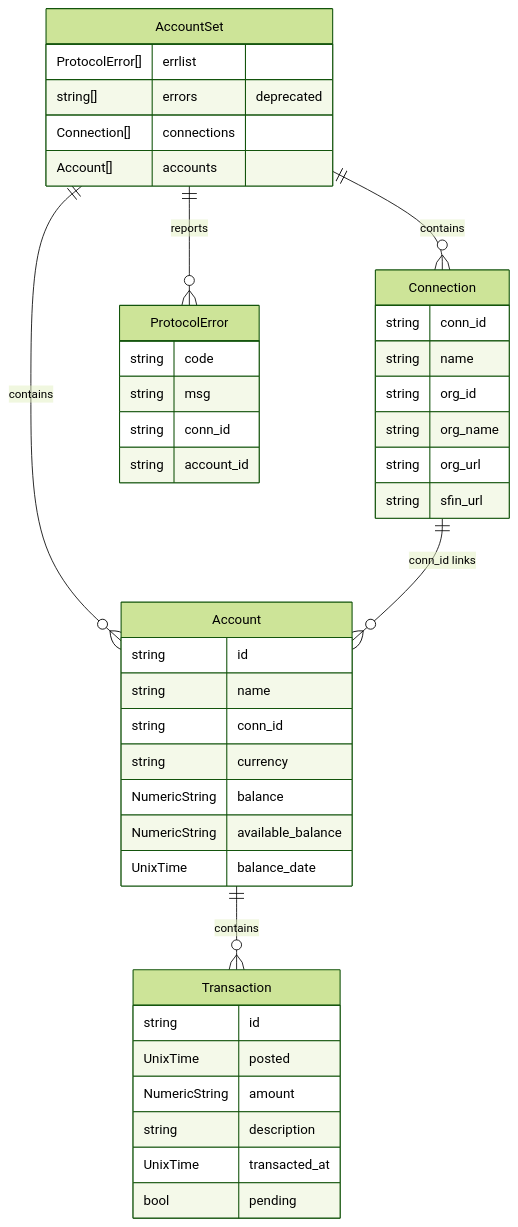
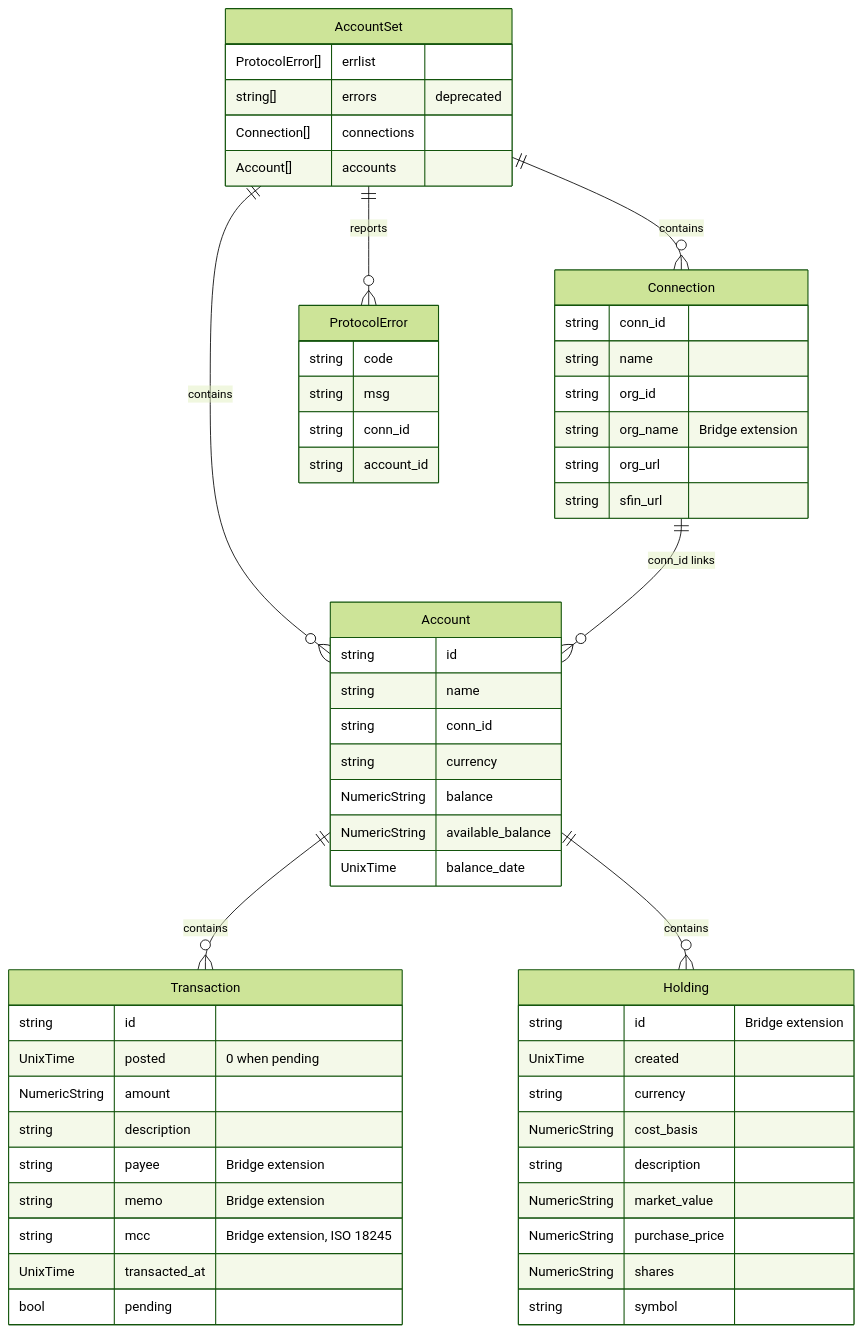
Before and after one commit to criswit/simplefin-sdk: the fourth of 5 diagrams in README.md, drawn with Mermaid (forest theme). The commit also changed other lines of this file and 19 other files, not shown here.

````diff
--- a/README.md
+++ b/README.md
@@ -311,46 +319,61 @@
 ```mermaid
 erDiagram
     AccountSet ||--o{ Connection : contains
     AccountSet ||--o{ Account : contains
     AccountSet ||--o{ ProtocolError : reports
     Connection ||--o{ Account : "conn_id links"
     Account ||--o{ Transaction : contains
+    Account ||--o{ Holding : contains
 
     AccountSet {
         ProtocolError[] errlist
         string[] errors "deprecated"
         Connection[] connections
         Account[] accounts
     }
     Connection {
         string conn_id
         string name
         string org_id
-        string org_name
+        string org_name "Bridge extension"
         string org_url
         string sfin_url
     }
     Account {
         string id
         string name
         string conn_id
         string currency
         NumericString balance
         NumericString available_balance
         UnixTime balance_date
     }
     Transaction {
         string id
-        UnixTime posted
+        UnixTime posted "0 when pending"
         NumericString amount
         string description
+        string payee "Bridge extension"
+        string memo "Bridge extension"
+        string mcc "Bridge extension, ISO 18245"
         UnixTime transacted_at
         bool pending
+    }
+    Holding {
+        string id "Bridge extension"
+        UnixTime created
+        string currency
+        NumericString cost_basis
+        string description
+        NumericString market_value
+        NumericString purchase_price
+        NumericString shares
+        string symbol
     }
     ProtocolError {
         string code
         string msg
         string conn_id
         string account_id
     }
 ```
````
